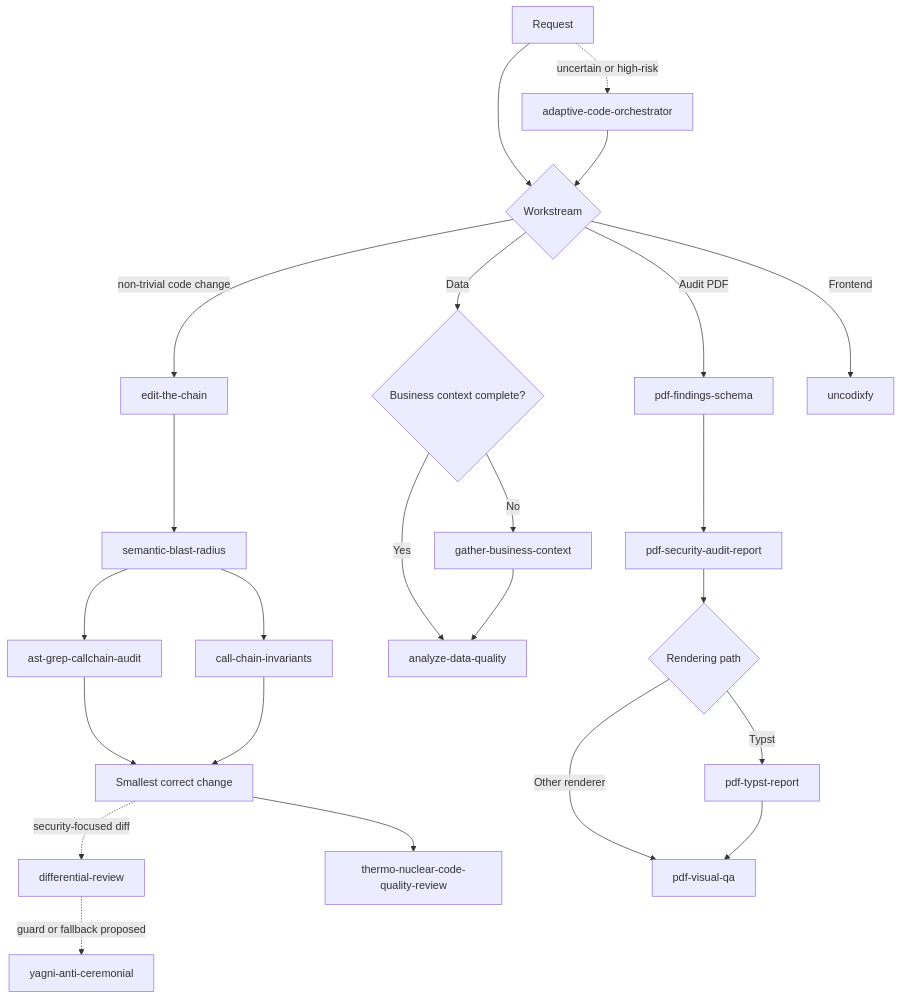
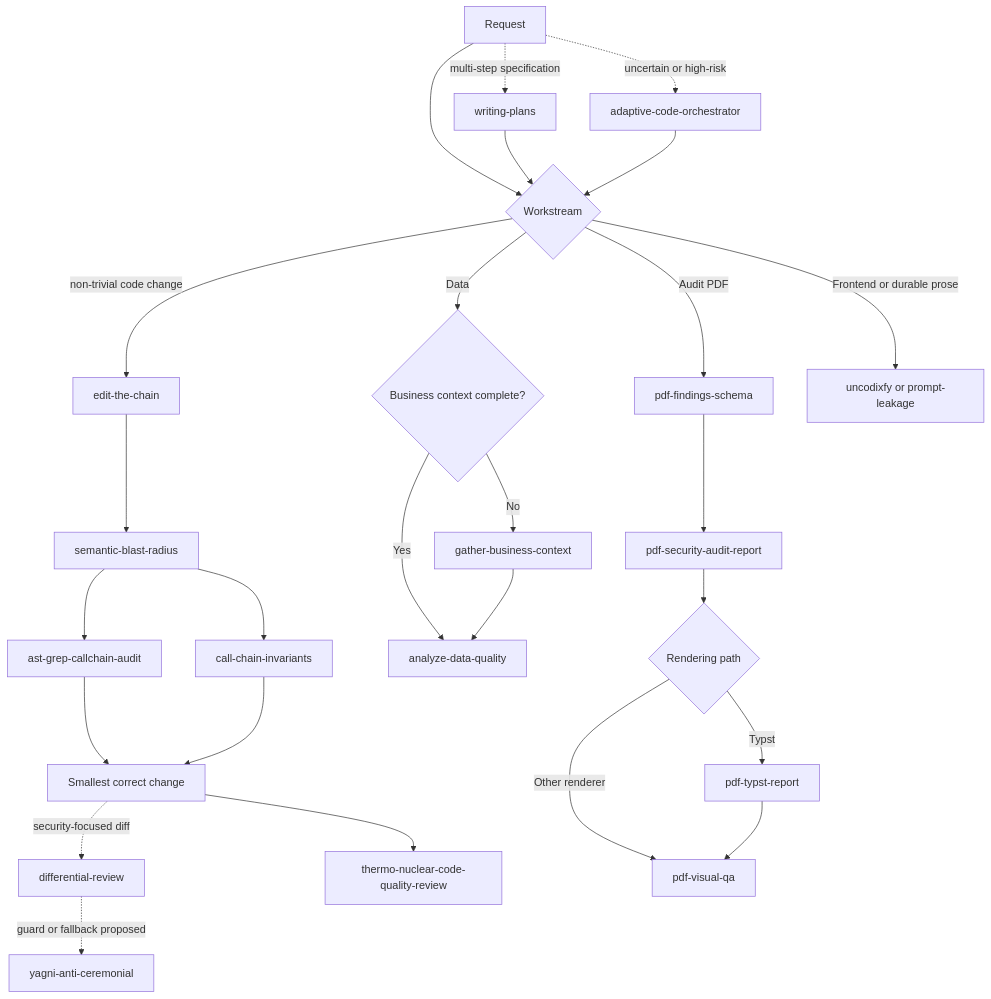
One commit to CanerKocak/clanker-skills changed the diagram in README.md. Above: the diagram before and after it, drawn with Mermaid. The commit also changed other lines of this file and 190 other files, not shown here.

```diff
--- a/README.md
+++ b/README.md
@@ -95,26 +146,28 @@
 ~~~mermaid
 flowchart TD
     A[Request] --> C{Workstream}
+    A -.->|multi-step specification| W[writing-plans]
+    W --> C
     A -.->|uncertain or high-risk| B[adaptive-code-orchestrator]
     B --> C
     C -->|non-trivial code change| D[edit-the-chain]
     D --> E[semantic-blast-radius]
     E --> F[ast-grep-callchain-audit]
     E --> G[call-chain-invariants]
     F --> H[Smallest correct change]
     G --> H
     H -.->|security-focused diff| I[differential-review]
     H --> J[thermo-nuclear-code-quality-review]
     I -.->|guard or fallback proposed| K[yagni-anti-ceremonial]
     C -->|Data| L{Business context complete?}
     L -->|No| M[gather-business-context]
     L -->|Yes| N[analyze-data-quality]
     M --> N
     C -->|Audit PDF| O[pdf-findings-schema]
     O --> P[pdf-security-audit-report]
     P --> Q{Rendering path}
     Q -->|Typst| R[pdf-typst-report]
     Q -->|Other renderer| S[pdf-visual-qa]
     R --> S
-    C -->|Frontend| T[uncodixfy]
+    C -->|Frontend or durable prose| T[uncodixfy or prompt-leakage]
 ~~~
```
